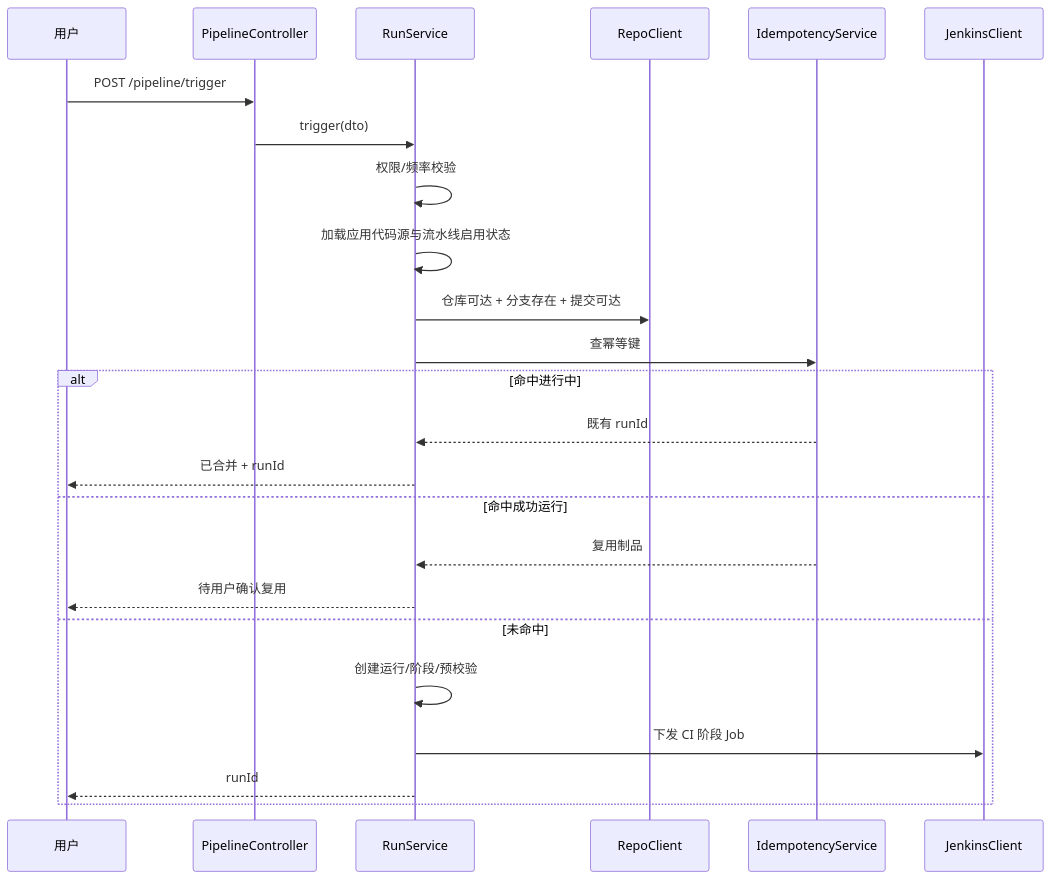
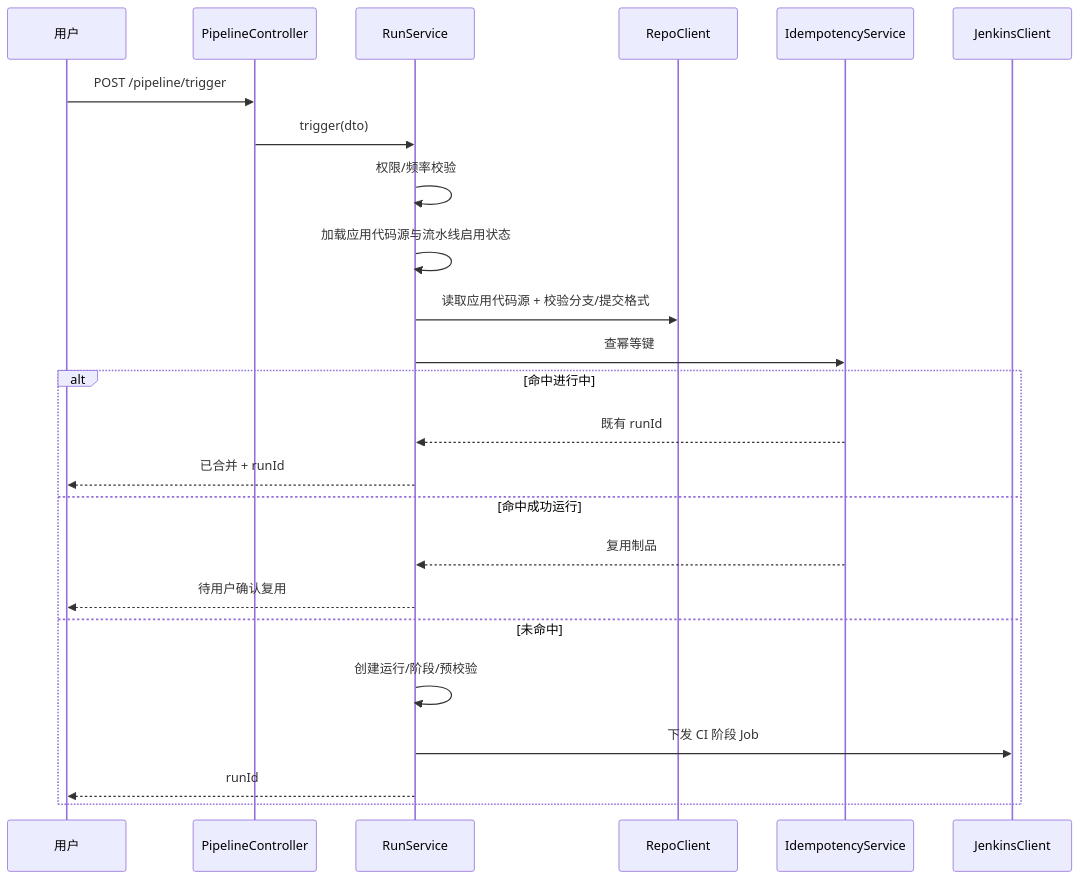
The third of 5 diagrams in docs/开发设计文档.md (hguanchao/Ferry), drawn with Mermaid before and after one commit. The commit also changed other lines of this file and 3 other files, not shown here.

````diff
--- a/docs/开发设计文档.md
+++ b/docs/开发设计文档.md
@@ -1801,26 +1801,26 @@
 ```mermaid
 sequenceDiagram
     participant U as 用户
     participant C as PipelineController
     participant S as RunService
     participant R as RepoClient
     participant K as IdempotencyService
     participant J as JenkinsClient
     U->>C: POST /pipeline/trigger
     C->>S: trigger(dto)
     S->>S: 权限/频率校验
     S->>S: 加载应用代码源与流水线启用状态
-    S->>R: 仓库可达 + 分支存在 + 提交可达
+    S->>R: 读取应用代码源 + 校验分支/提交格式
     S->>K: 查幂等键
     alt 命中进行中
         K-->>S: 既有 runId
         S-->>U: 已合并 + runId
     else 命中成功运行
         K-->>S: 复用制品
         S-->>U: 待用户确认复用
     else 未命中
         S->>S: 创建运行/阶段/预校验
         S->>J: 下发 CI 阶段 Job
         S-->>U: runId
     end
 ```
````
